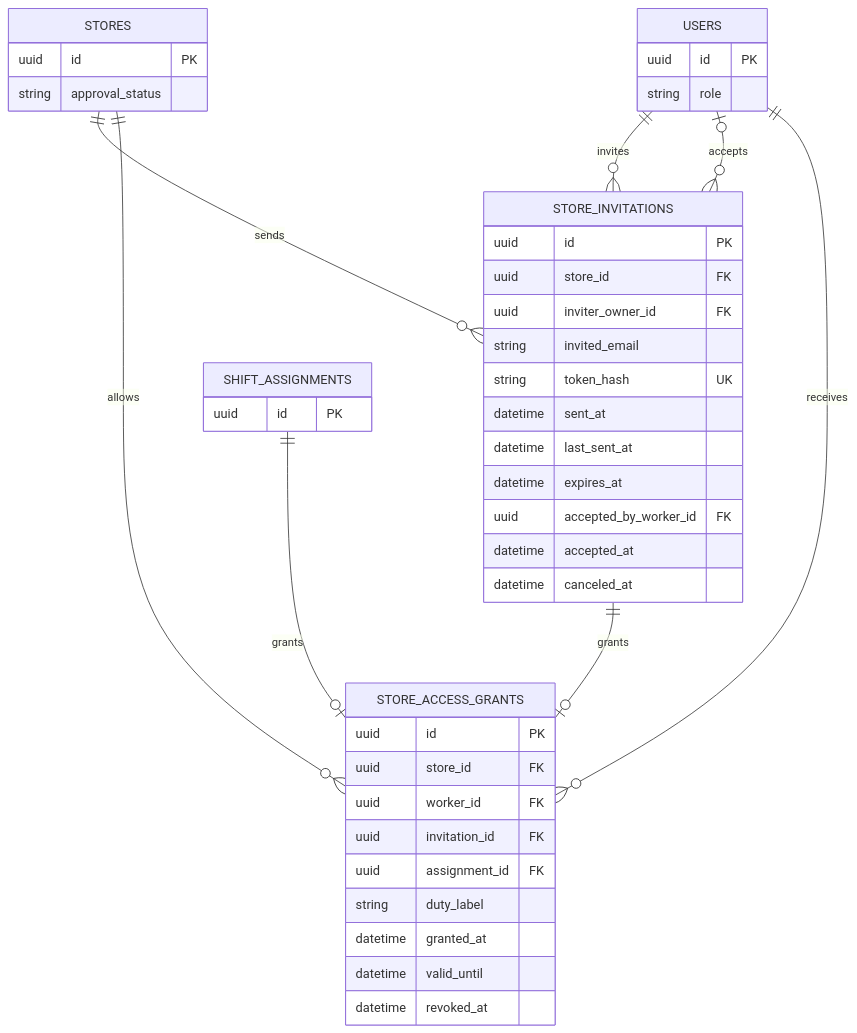
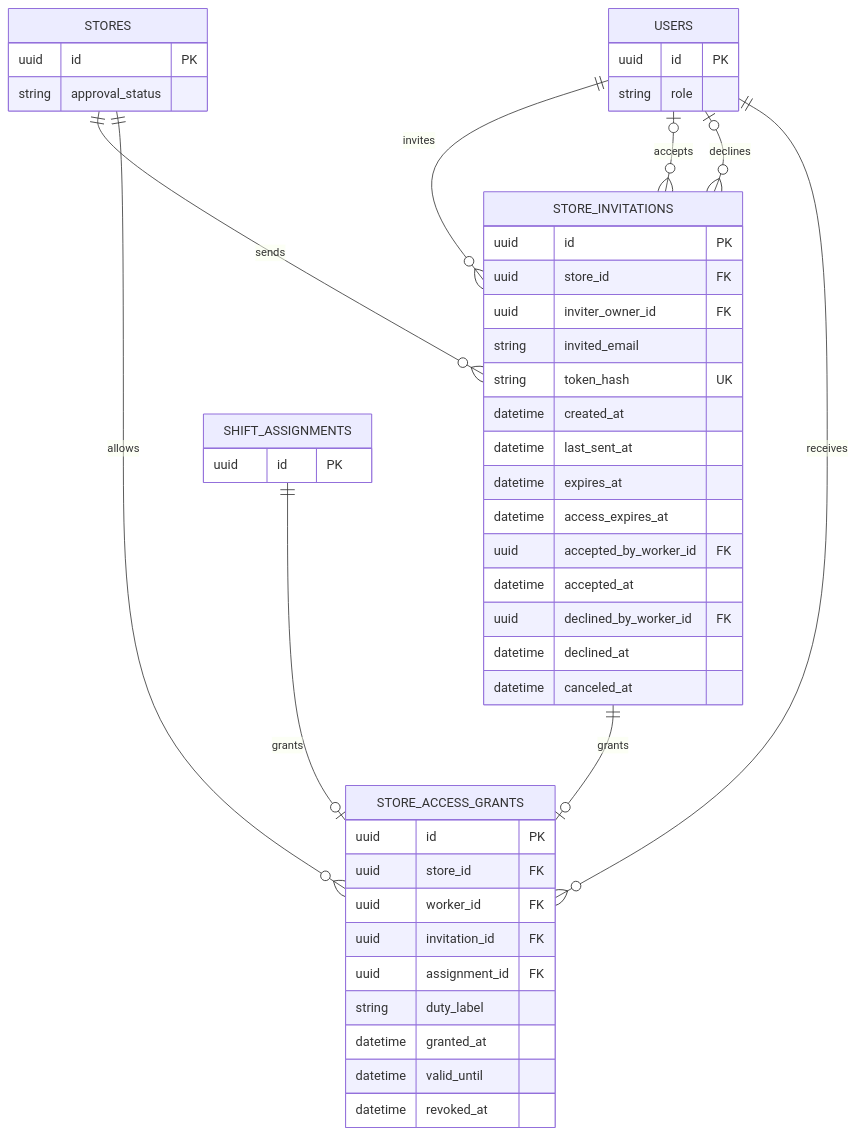
Before and after one commit to 2026-KW-HACKATHON/29_Jidan: the diagram in back-end/docs/erd/access.md, drawn with Mermaid. The commit also changed other lines of this file, not shown here.

First line of the commit message:
docs(access): 초대 기한과 거절 및 접근 종료 계약 정합화

````diff
--- a/back-end/docs/erd/access.md
+++ b/back-end/docs/erd/access.md
@@ -3,46 +3,50 @@
 ```mermaid
 erDiagram
     STORES ||--o{ STORE_INVITATIONS : sends
     USERS ||--o{ STORE_INVITATIONS : invites
     USERS o|--o{ STORE_INVITATIONS : accepts
+    USERS o|--o{ STORE_INVITATIONS : declines
     STORE_INVITATIONS ||--o| STORE_ACCESS_GRANTS : grants
     SHIFT_ASSIGNMENTS ||--o| STORE_ACCESS_GRANTS : grants
     STORES ||--o{ STORE_ACCESS_GRANTS : allows
     USERS ||--o{ STORE_ACCESS_GRANTS : receives
 
     STORES {
         uuid id PK
         string approval_status
     }
     USERS {
         uuid id PK
         string role
     }
     STORE_INVITATIONS {
         uuid id PK
         uuid store_id FK
         uuid inviter_owner_id FK
         string invited_email
         string token_hash UK
-        datetime sent_at
+        datetime created_at
         datetime last_sent_at
         datetime expires_at
+        datetime access_expires_at
         uuid accepted_by_worker_id FK
         datetime accepted_at
+        uuid declined_by_worker_id FK
+        datetime declined_at
         datetime canceled_at
     }
     SHIFT_ASSIGNMENTS {
         uuid id PK
     }
     STORE_ACCESS_GRANTS {
         uuid id PK
         uuid store_id FK
         uuid worker_id FK
         uuid invitation_id FK
         uuid assignment_id FK
         string duty_label
         datetime granted_at
         datetime valid_until
         datetime revoked_at
     }
 ```
````
